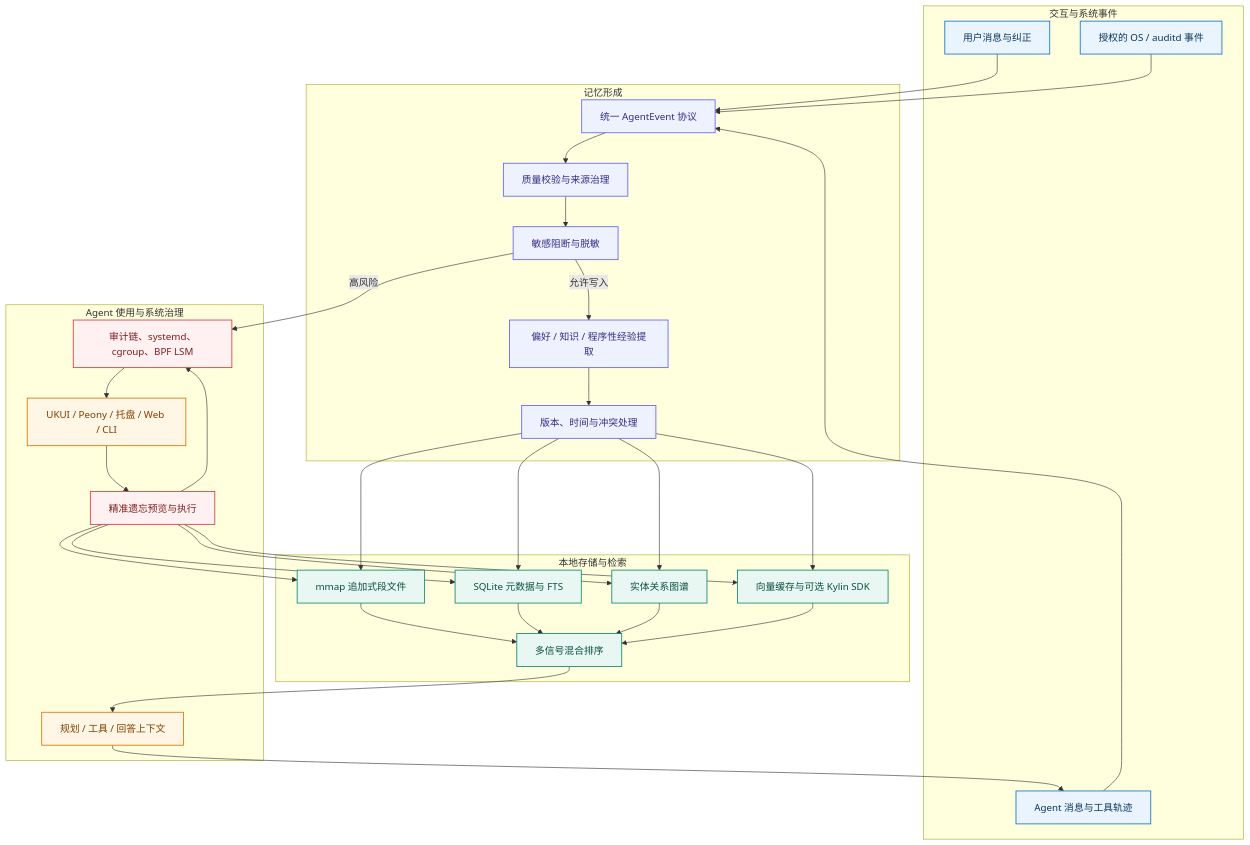
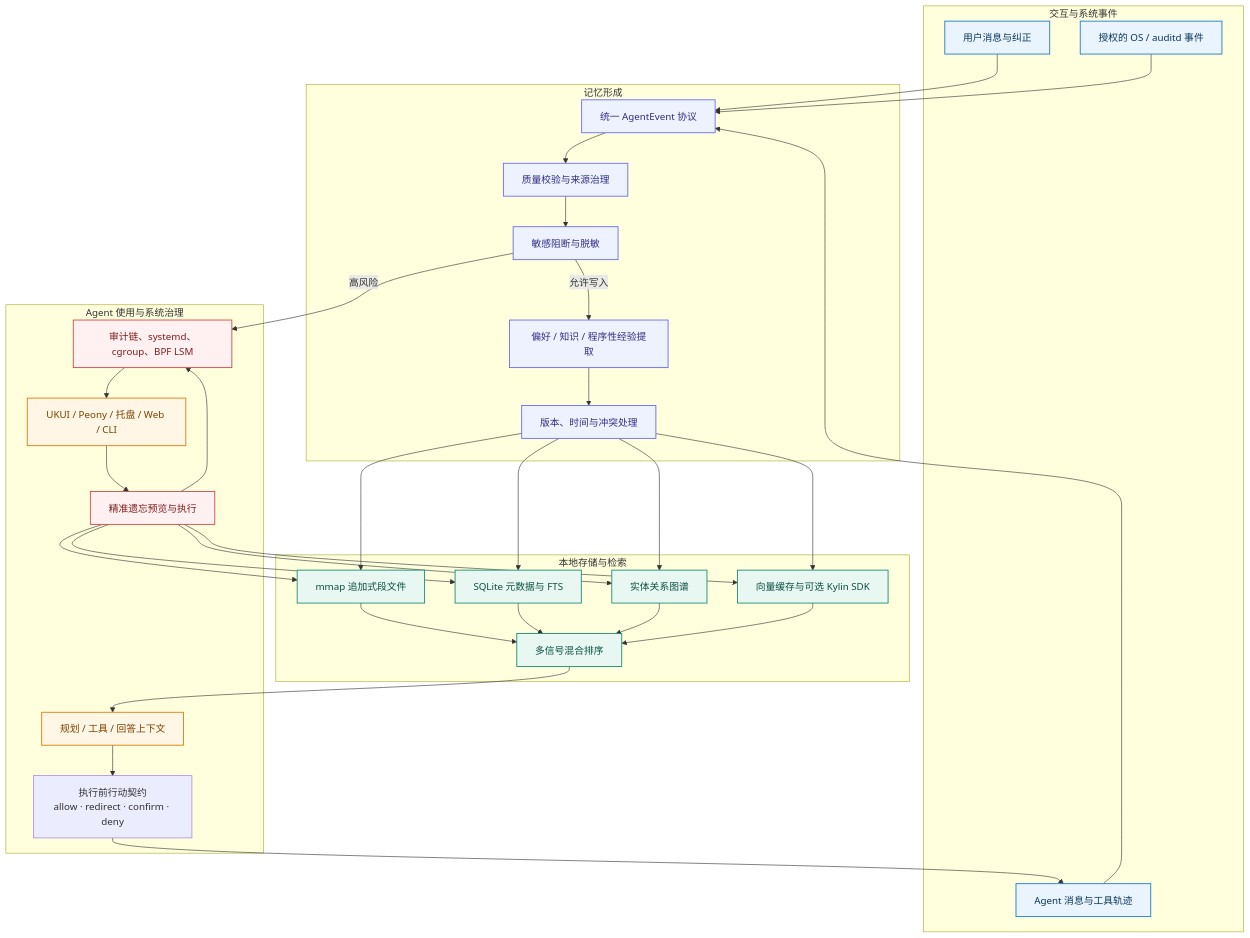
One commit to Alexd-star/memguardos changed the second of 2 diagrams in README.md. Above: the diagram before and after it, drawn with Mermaid. The commit also changed other lines of this file and 9 other files, not shown here.

````diff
--- a/README.md
+++ b/README.md
@@ -333,66 +333,67 @@
 ```mermaid
 flowchart TB
     subgraph S1["交互与系统事件"]
         U["用户消息与纠正"]
         A["Agent 消息与工具轨迹"]
         O["授权的 OS / auditd 事件"]
     end
 
     subgraph S2["记忆形成"]
         E["统一 AgentEvent 协议"]
         Q["质量校验与来源治理"]
         P["敏感阻断与脱敏"]
         X["偏好 / 知识 / 程序性经验提取"]
         V["版本、时间与冲突处理"]
     end
 
     subgraph S3["本地存储与检索"]
         M["mmap 追加式段文件"]
         D["SQLite 元数据与 FTS"]
         G["实体关系图谱"]
         R["向量缓存与可选 Kylin SDK"]
         H["多信号混合排序"]
     end
 
     subgraph S4["Agent 使用与系统治理"]
         C["规划 / 工具 / 回答上下文"]
+        G2["执行前行动契约<br/>allow · redirect · confirm · deny"]
         F["精准遗忘预览与执行"]
         Z["审计链、systemd、cgroup、BPF LSM"]
         UI["UKUI / Peony / 托盘 / Web / CLI"]
     end
 
     U --> E
     A --> E
     O --> E
     E --> Q --> P
     P -->|"允许写入"| X --> V
     P -->|"高风险"| Z
     V --> M
     V --> D
     V --> G
     V --> R
     M --> H
     D --> H
     G --> H
     R --> H
-    H --> C --> A
+    H --> C --> G2 --> A
     UI --> F
     F --> M
     F --> D
     F --> G
     F --> R
     F --> Z
     Z --> UI
 
     classDef event fill:#EAF4FF,stroke:#1677C8,color:#0B3558,stroke-width:1.4px;
     classDef form fill:#EEF2FF,stroke:#6366F1,color:#312E81,stroke-width:1.4px;
     classDef store fill:#E8F7F1,stroke:#138A72,color:#0B4F43,stroke-width:1.4px;
     classDef use fill:#FFF6E5,stroke:#D97706,color:#7C3F00,stroke-width:1.4px;
     classDef govern fill:#FFF0F1,stroke:#D14343,color:#7F1D1D,stroke-width:1.4px;
 
     class U,A,O event;
     class E,Q,P,X,V form;
     class M,D,G,R,H store;
     class C,UI use;
     class F,Z govern;
 ```
````
